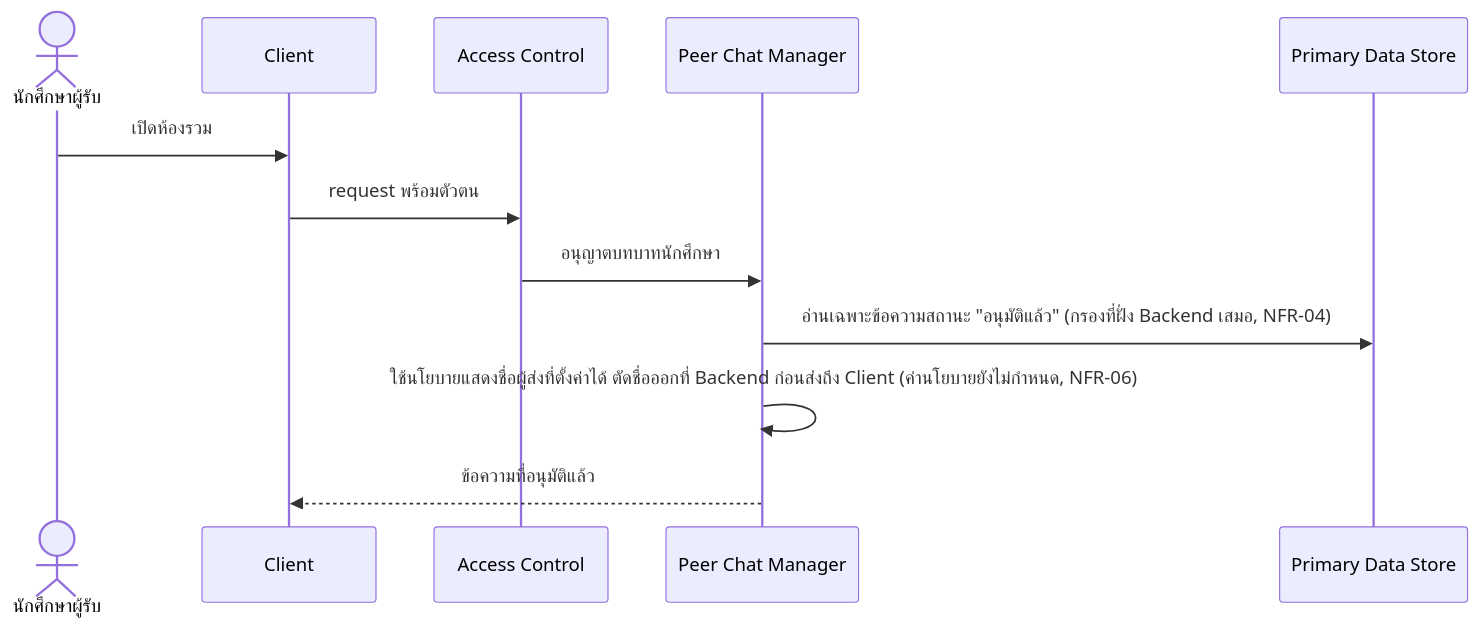
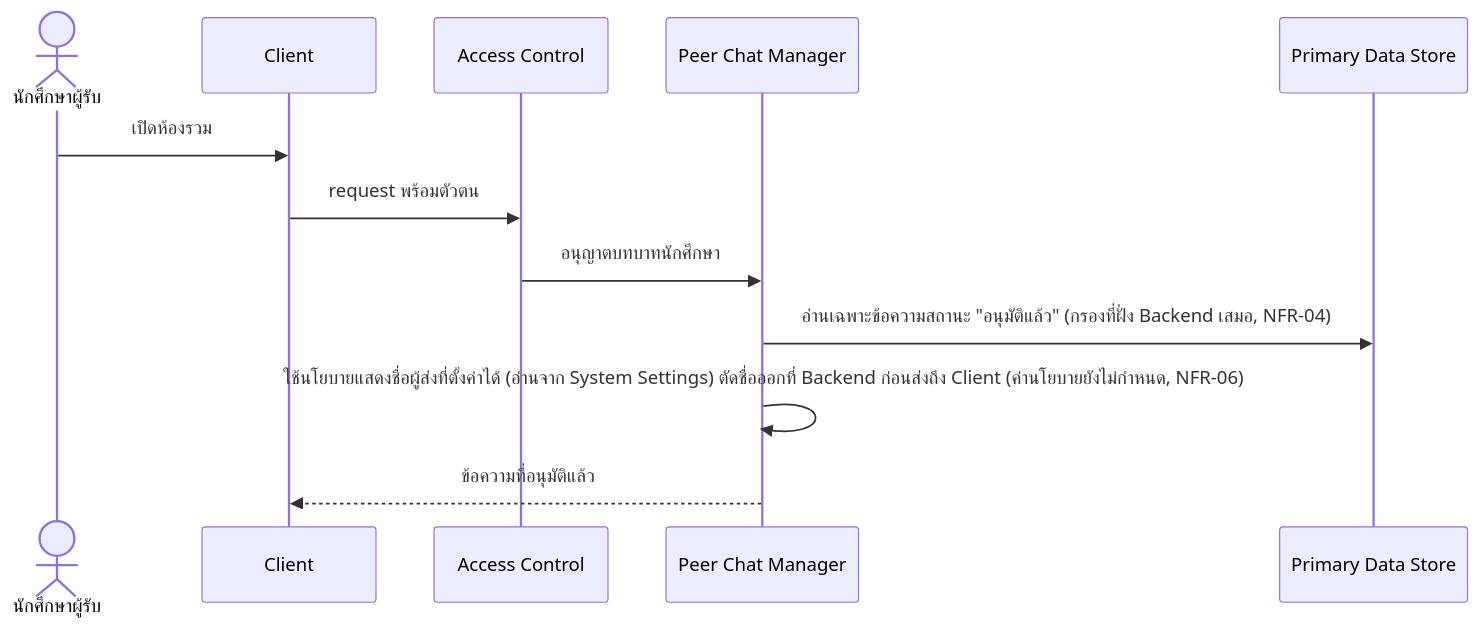
The eighth of 9 diagrams in docs/02-design/02-technical/architecture.md (PAKOSORUS/Grade-Runway-PROJECT3), drawn with Mermaid before and after one commit. The commit also changed other lines of this file and 35 other files, not shown here.

````diff
--- a/docs/02-design/02-technical/architecture.md
+++ b/docs/02-design/02-technical/architecture.md
@@ -305,15 +350,15 @@
 ```mermaid
 sequenceDiagram
     actor RC as นักศึกษาผู้รับ
     participant C as Client
     participant AC as Access Control
     participant PC as Peer Chat Manager
     participant DS as Primary Data Store
 
     RC->>C: เปิดห้องรวม
     C->>AC: request พร้อมตัวตน
     AC->>PC: อนุญาตบทบาทนักศึกษา
     PC->>DS: อ่านเฉพาะข้อความสถานะ "อนุมัติแล้ว" (กรองที่ฝั่ง Backend เสมอ, NFR-04)
-    PC->>PC: ใช้นโยบายแสดงชื่อผู้ส่งที่ตั้งค่าได้ ตัดชื่อออกที่ Backend ก่อนส่งถึง Client (ค่านโยบายยังไม่กำหนด, NFR-06)
+    PC->>PC: ใช้นโยบายแสดงชื่อผู้ส่งที่ตั้งค่าได้ (อ่านจาก System Settings) ตัดชื่อออกที่ Backend ก่อนส่งถึง Client (ค่านโยบายยังไม่กำหนด, NFR-06)
     PC-->>C: ข้อความที่อนุมัติแล้ว
 ```
````
